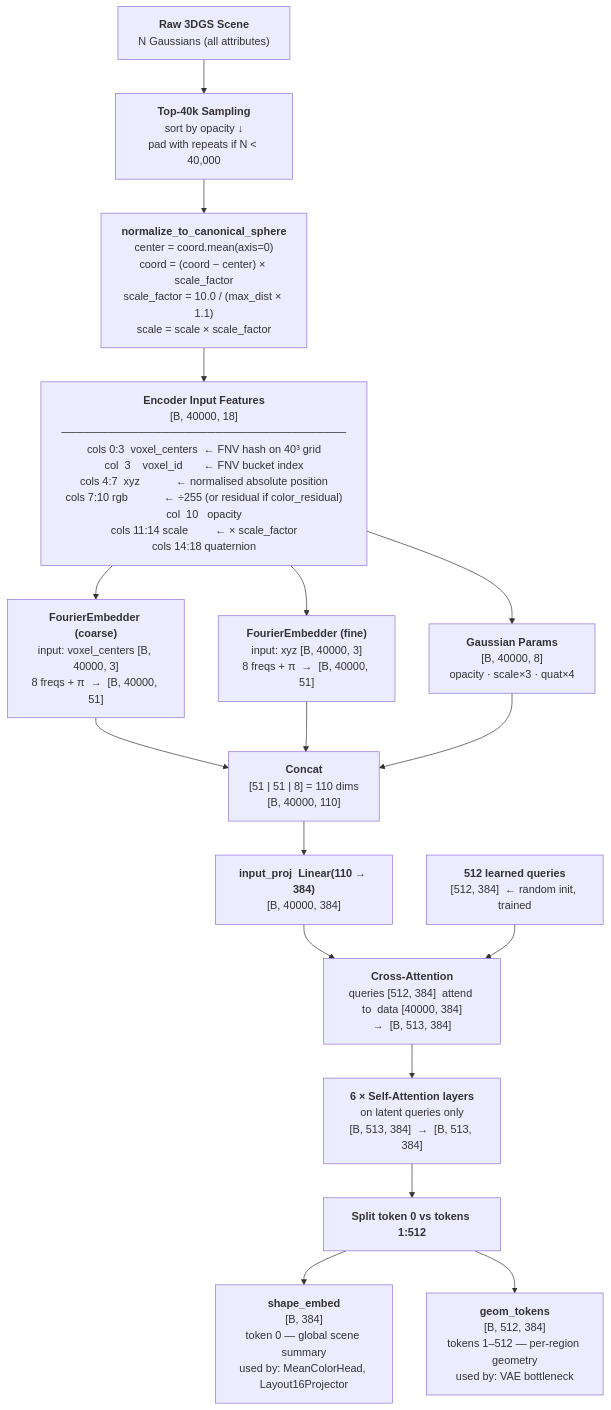
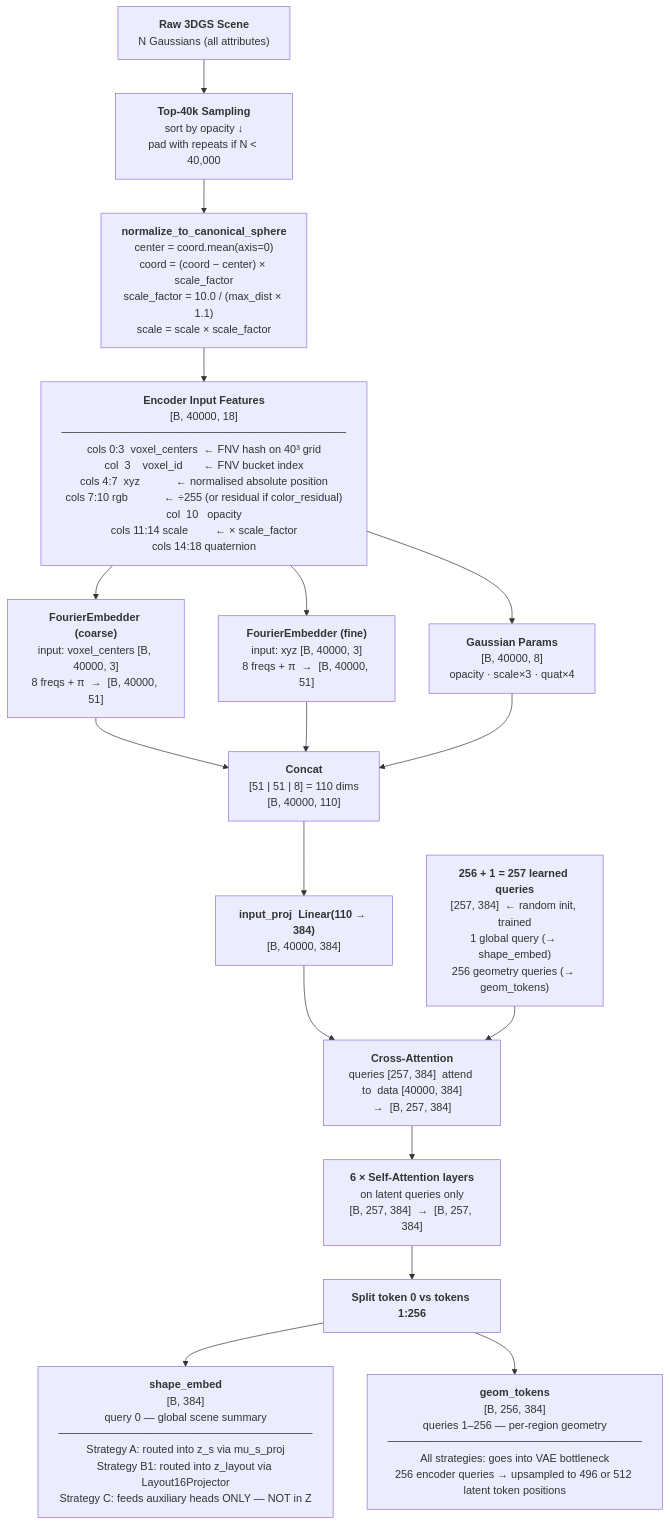
Before and after one commit to Hafeezmhk7/Semantic-Scene-Completion: the first of 8 diagrams in README_NEW.md, drawn with Mermaid. The commit also changed other lines of this file, not shown here.

````diff
--- a/README_NEW.md
+++ b/README_NEW.md
@@ -45,45 +56,45 @@
 ```mermaid
 flowchart TD
     IN["<b>Raw 3DGS Scene</b><br/>N Gaussians (all attributes)"]
 
     SAMPLE["<b>Top-40k Sampling</b><br/>sort by opacity ↓<br/>pad with repeats if N &lt; 40,000"]
 
     NORM["<b>normalize_to_canonical_sphere</b><br/>center = coord.mean(axis=0)<br/>coord = (coord − center) × scale_factor<br/>scale_factor = 10.0 / (max_dist × 1.1)<br/>scale = scale × scale_factor"]
 
     FEAT["<b>Encoder Input Features</b><br/>[B, 40000, 18]<br/>─────────────────────────────────────<br/>cols 0:3  voxel_centers  ← FNV hash on 40³ grid<br/>col  3    voxel_id       ← FNV bucket index<br/>cols 4:7  xyz            ← normalised absolute position<br/>cols 7:10 rgb            ← ÷255 (or residual if color_residual)<br/>col  10   opacity<br/>cols 11:14 scale         ← × scale_factor<br/>cols 14:18 quaternion"]
 
     FE1["<b>FourierEmbedder (coarse)</b><br/>input: voxel_centers [B, 40000, 3]<br/>8 freqs + π  →  [B, 40000, 51]"]
 
     FE2["<b>FourierEmbedder (fine)</b><br/>input: xyz [B, 40000, 3]<br/>8 freqs + π  →  [B, 40000, 51]"]
 
     GP["<b>Gaussian Params</b><br/>[B, 40000, 8]<br/>opacity · scale×3 · quat×4"]
 
     CAT["<b>Concat</b><br/>[51 | 51 | 8] = 110 dims<br/>[B, 40000, 110]"]
 
     PROJ["<b>input_proj  Linear(110 → 384)</b><br/>[B, 40000, 384]"]
 
-    QRY["<b>512 learned queries</b><br/>[512, 384]  ← random init, trained"]
+    QRY["<b>256 + 1 = 257 learned queries</b><br/>[257, 384]  ← random init, trained<br/>1 global query (→ shape_embed)<br/>256 geometry queries (→ geom_tokens)"]
 
-    CA["<b>Cross-Attention</b><br/>queries [512, 384]  attend to  data [40000, 384]<br/>→  [B, 513, 384]"]
+    CA["<b>Cross-Attention</b><br/>queries [257, 384]  attend to  data [40000, 384]<br/>→  [B, 257, 384]"]
 
-    SA["<b>6 × Self-Attention layers</b><br/>on latent queries only<br/>[B, 513, 384]  →  [B, 513, 384]"]
+    SA["<b>6 × Self-Attention layers</b><br/>on latent queries only<br/>[B, 257, 384]  →  [B, 257, 384]"]
 
-    SPLIT["<b>Split token 0 vs tokens 1:512</b>"]
+    SPLIT["<b>Split token 0 vs tokens 1:256</b>"]
 
-    SE["<b>shape_embed</b><br/>[B, 384]<br/>token 0 — global scene summary<br/>used by: MeanColorHead, Layout16Projector"]
+    SE["<b>shape_embed</b><br/>[B, 384]<br/>query 0 — global scene summary<br/>─────────────────────────────────<br/>Strategy A: routed into z_s via mu_s_proj<br/>Strategy B1: routed into z_layout via Layout16Projector<br/>Strategy C: feeds auxiliary heads ONLY — NOT in Z"]
 
-    GT["<b>geom_tokens</b><br/>[B, 512, 384]<br/>tokens 1–512 — per-region geometry<br/>used by: VAE bottleneck"]
+    GT["<b>geom_tokens</b><br/>[B, 256, 384]<br/>queries 1–256 — per-region geometry<br/>─────────────────────────────────<br/>All strategies: goes into VAE bottleneck<br/>256 encoder queries → upsampled to 496 or 512 latent token positions"]
 
     IN --> SAMPLE --> NORM --> FEAT
     FEAT --> FE1
     FEAT --> FE2
     FEAT --> GP
     FE1 --> CAT
     FE2 --> CAT
     GP  --> CAT
     CAT --> PROJ --> CA
     QRY --> CA
     CA  --> SA  --> SPLIT
     SPLIT --> SE
     SPLIT --> GT
 ```
````
